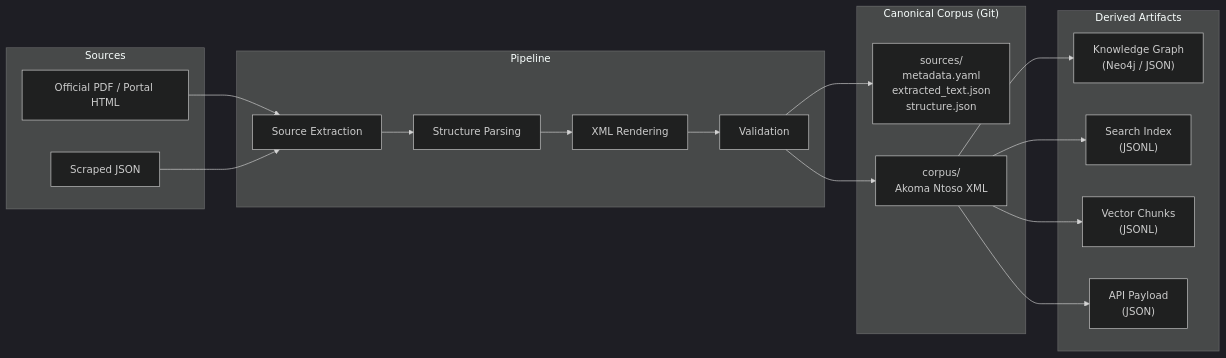
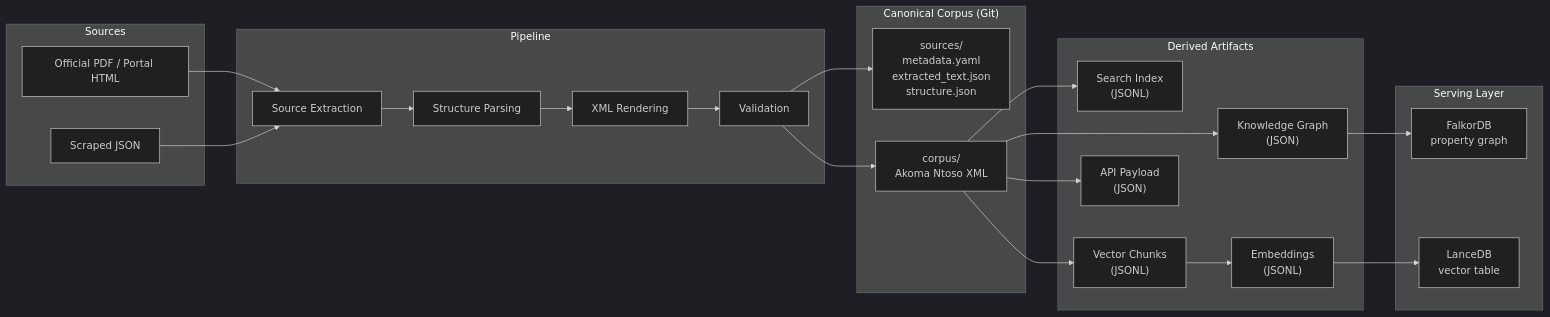
The first of 5 diagrams in README.md (shikharpant/nyaya-ledger), drawn with Mermaid (dark theme) before and after one commit. The commit also changed other lines of this file and 12 other files, not shown here.

Commit message:
Add graph and vector serving layer

````diff
--- a/README.md
+++ b/README.md
@@ -45,36 +46,45 @@
 ```mermaid
 flowchart LR
     subgraph Sources
         PDF["Official PDF / Portal HTML"]
         JSON["Scraped JSON"]
     end
 
     subgraph Pipeline
         EXTRACT["Source Extraction"]
         PARSE["Structure Parsing"]
         RENDER["XML Rendering"]
         VALIDATE["Validation"]
     end
 
     subgraph Canonical["Canonical Corpus (Git)"]
         SRC["sources/<br/>metadata.yaml<br/>extracted_text.json<br/>structure.json"]
         CORPUS["corpus/<br/>Akoma Ntoso XML"]
     end
 
     subgraph Derived["Derived Artifacts"]
-        GRAPH["Knowledge Graph<br/>(Neo4j / JSON)"]
+        GRAPH["Knowledge Graph<br/>(JSON)"]
         SEARCH["Search Index<br/>(JSONL)"]
         VECTOR["Vector Chunks<br/>(JSONL)"]
+        EMBED["Embeddings<br/>(JSONL)"]
         API["API Payload<br/>(JSON)"]
+    end
+
+    subgraph Serving["Serving Layer"]
+        FALKOR["FalkorDB<br/>property graph"]
+        LANCE["LanceDB<br/>vector table"]
     end
 
     PDF --> EXTRACT
     JSON --> EXTRACT
     EXTRACT --> PARSE --> RENDER --> VALIDATE
     VALIDATE --> SRC
     VALIDATE --> CORPUS
     CORPUS --> GRAPH
     CORPUS --> SEARCH
     CORPUS --> VECTOR
+    VECTOR --> EMBED
     CORPUS --> API
+    GRAPH --> FALKOR
+    EMBED --> LANCE
 ```
````
